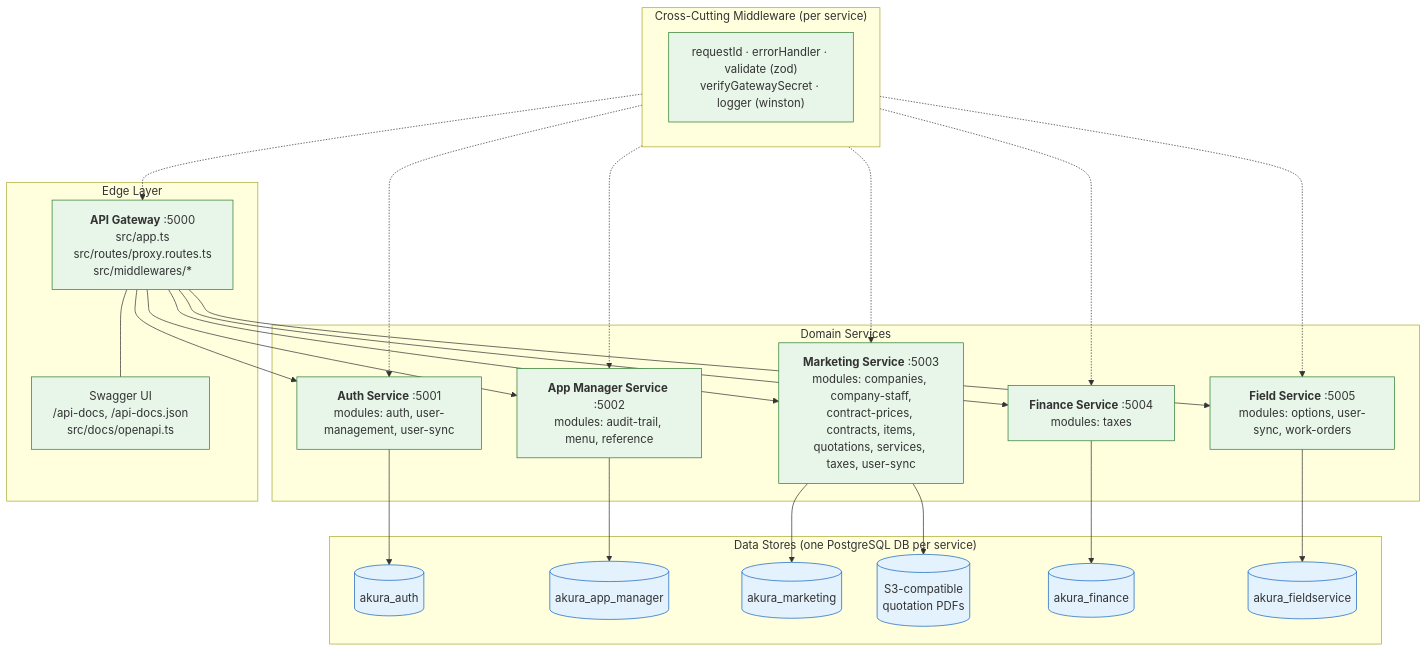
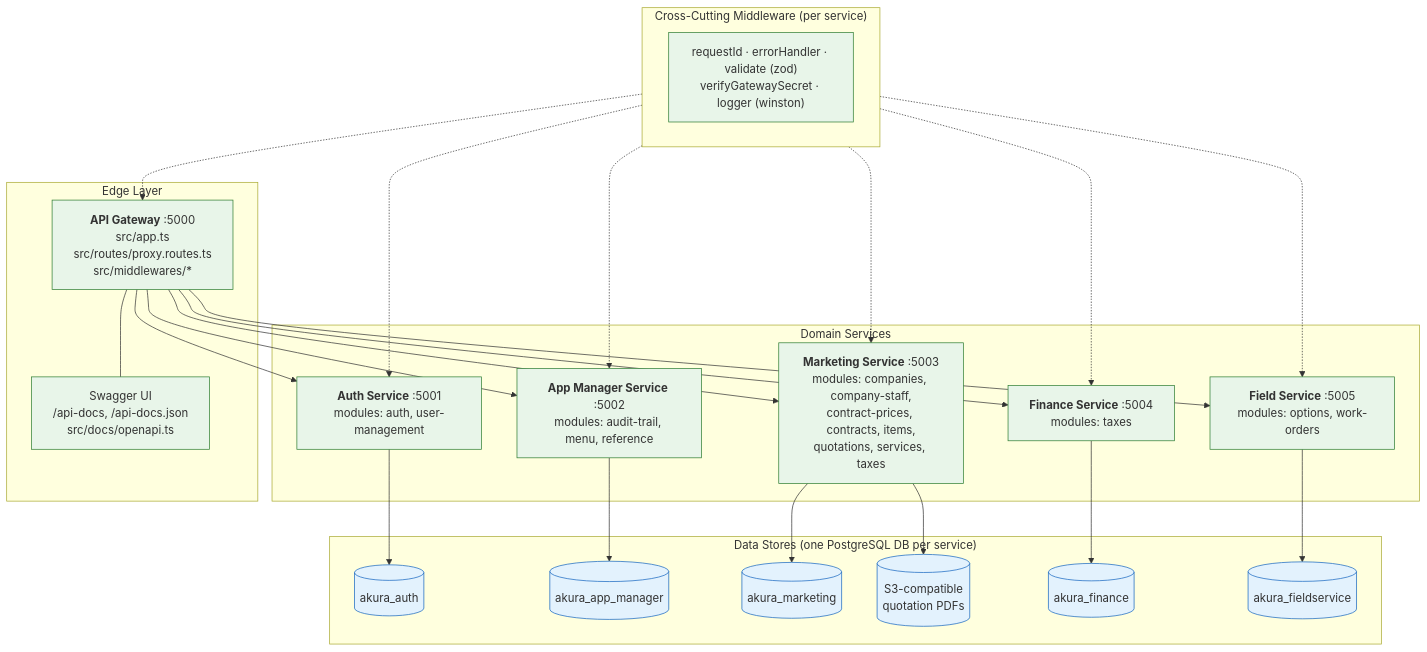
One commit to Velpistikhe/AKURA-BE changed the diagram in docs/architecture/diagrams/02-container-service-architecture.mmd. Above: the diagram before and after it, drawn with Mermaid. The commit also changed 65 other files, not shown here.

First line of the commit message:
refactor: remove user sync event handling and related schemas

```diff
--- a/docs/architecture/diagrams/02-container-service-architecture.mmd
+++ b/docs/architecture/diagrams/02-container-service-architecture.mmd
@@ -1,55 +1,55 @@
 %% Container / Service Architecture Diagram - Akura platform
 %% VERIFIED: module names, ports, and database ownership read from source.
 
 graph TB
     subgraph Edge["Edge Layer"]
         Gateway["<b>API Gateway</b> :5000<br/>src/app.ts<br/>src/routes/proxy.routes.ts<br/>src/middlewares/*"]
         Swagger["Swagger UI<br/>/api-docs, /api-docs.json<br/>src/docs/openapi.ts"]
     end
 
     subgraph Domain["Domain Services"]
-        Auth["<b>Auth Service</b> :5001<br/>modules: auth, user-management, user-sync"]
+        Auth["<b>Auth Service</b> :5001<br/>modules: auth, user-management"]
         AppMgr["<b>App Manager Service</b> :5002<br/>modules: audit-trail, menu, reference"]
-        Marketing["<b>Marketing Service</b> :5003<br/>modules: companies, company-staff,<br/>contract-prices, contracts, items,<br/>quotations, services, taxes, user-sync"]
+        Marketing["<b>Marketing Service</b> :5003<br/>modules: companies, company-staff,<br/>contract-prices, contracts, items,<br/>quotations, services, taxes"]
         Finance["<b>Finance Service</b> :5004<br/>modules: taxes"]
-        Field["<b>Field Service</b> :5005<br/>modules: options, user-sync, work-orders"]
+        Field["<b>Field Service</b> :5005<br/>modules: options, work-orders"]
     end
 
     subgraph Data["Data Stores (one PostgreSQL DB per service)"]
         DB1[("akura_auth")]
         DB2[("akura_app_manager")]
         DB3[("akura_marketing")]
         DB4[("akura_finance")]
         DB5[("akura_fieldservice")]
         ObjStore[("S3-compatible<br/>quotation PDFs")]
     end
 
     subgraph CrossCutting["Cross-Cutting Middleware (per service)"]
         CC["requestId · errorHandler · validate (zod)<br/>verifyGatewaySecret · logger (winston)"]
     end
 
     Gateway --- Swagger
     Gateway --> Auth
     Gateway --> AppMgr
     Gateway --> Marketing
     Gateway --> Finance
     Gateway --> Field
 
     Auth --> DB1
     AppMgr --> DB2
     Marketing --> DB3
     Finance --> DB4
     Field --> DB5
     Marketing --> ObjStore
 
     CrossCutting -.-> Gateway
     CrossCutting -.-> Auth
     CrossCutting -.-> AppMgr
     CrossCutting -.-> Marketing
     CrossCutting -.-> Finance
     CrossCutting -.-> Field
 
     classDef verified fill:#e8f5e9,stroke:#2e7d32,stroke-width:1px
     classDef store fill:#e3f2fd,stroke:#1565c0,stroke-width:1px
     class Gateway,Swagger,Auth,AppMgr,Marketing,Finance,Field,CC verified
     class DB1,DB2,DB3,DB4,DB5,ObjStore store
```
